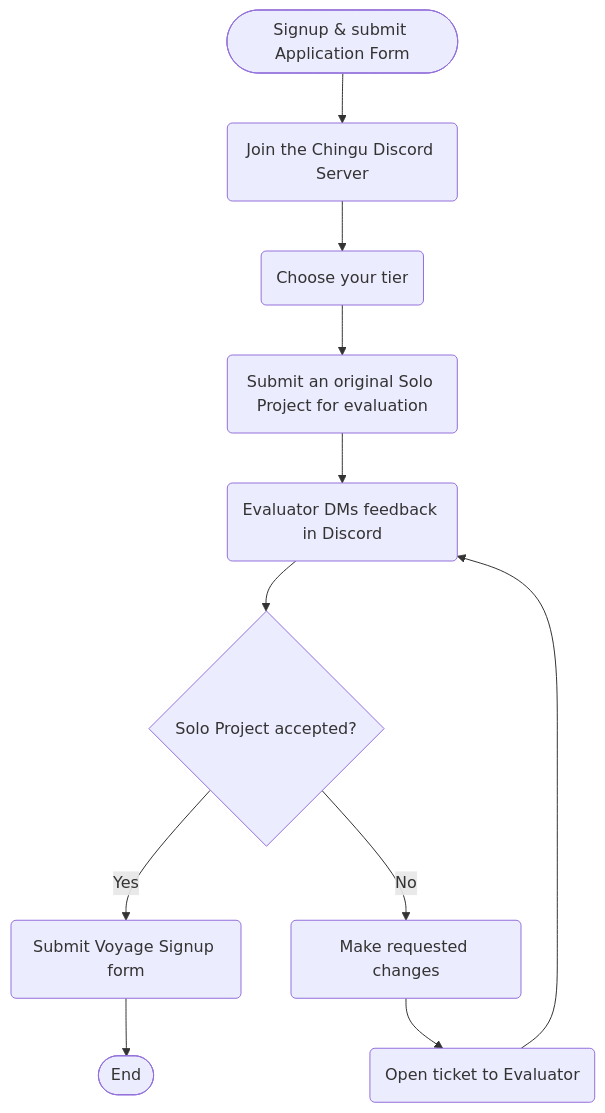
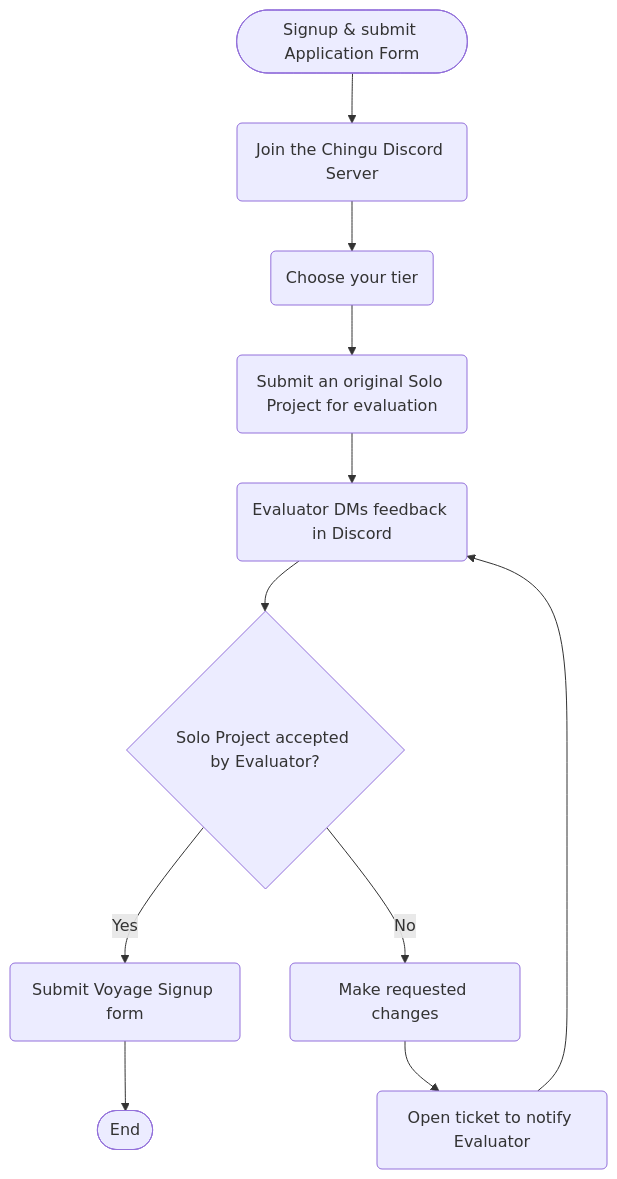
Before and after one commit to chingu-voyages/Handbook: the first of 2 diagrams in README.md, drawn with Mermaid.

Commit message:
Feature: Add onboarding flowchart

````diff
--- a/README.md
+++ b/README.md
@@ -50,13 +50,13 @@
 ```mermaid
 flowchart TB
    A(["Signup & submit Application Form"]) --> B(Join the Chingu Discord Server);
    B --> C(Choose your tier);
    C --> D(Submit an original Solo Project for evaluation);
    D --> E(Evaluator DMs feedback in Discord);
-   E --> F{Solo Project accepted?};
+   E --> F{Solo Project accepted by Evaluator?};
    F -- Yes --> G(Submit Voyage Signup form);
    F -- No --> H(Make requested changes);
-   H --> I(Open ticket to Evaluator);
+   H --> I(Open ticket to notify Evaluator);
    I --> E;
    G --> Z([End]);
 ```
````
